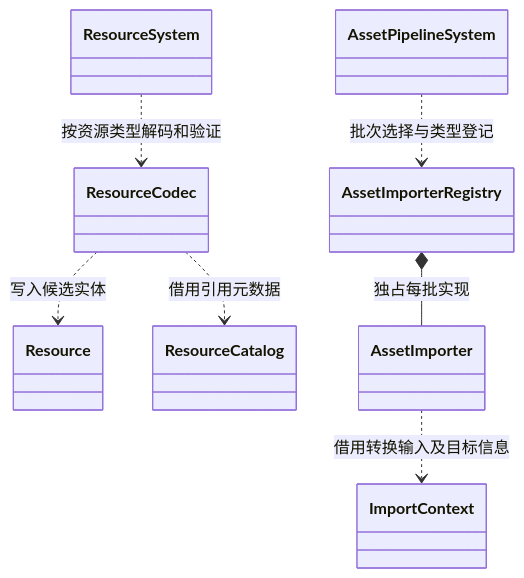
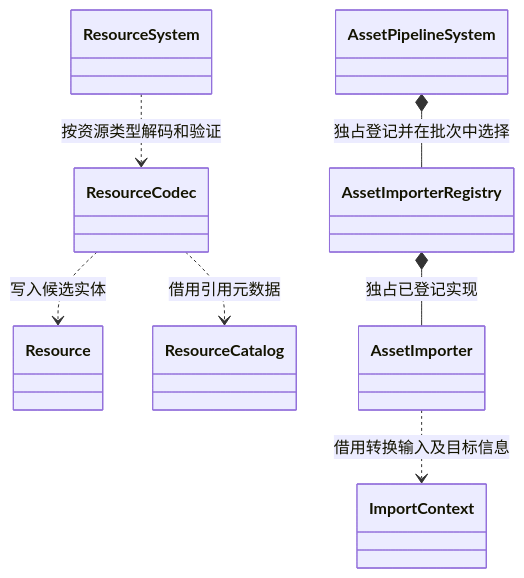
Diagram 20 of 30 in docs/class-diagrams/references.md (lcals/Engine), drawn with Mermaid before and after one commit. The commit also changed other lines of this file and 199 other files, not shown here.

````diff
--- a/docs/class-diagrams/references.md
+++ b/docs/class-diagrams/references.md
@@ -552,17 +552,17 @@
 ```mermaid
 classDiagram
     class ResourceSystem
     class ResourceCodec
     class Resource
     class ResourceCatalog
     class AssetPipelineSystem
     class AssetImporterRegistry
     class AssetImporter
     class ImportContext
     ResourceSystem ..> ResourceCodec : 按资源类型解码和验证
     ResourceCodec ..> Resource : 写入候选实体
     ResourceCodec ..> ResourceCatalog : 借用引用元数据
-    AssetPipelineSystem ..> AssetImporterRegistry : 批次选择与类型登记
-    AssetImporterRegistry *-- AssetImporter : 独占每批实现
+    AssetPipelineSystem *-- AssetImporterRegistry : 独占登记并在批次中选择
+    AssetImporterRegistry *-- AssetImporter : 独占已登记实现
     AssetImporter ..> ImportContext : 借用转换输入及目标信息
 ```
````
